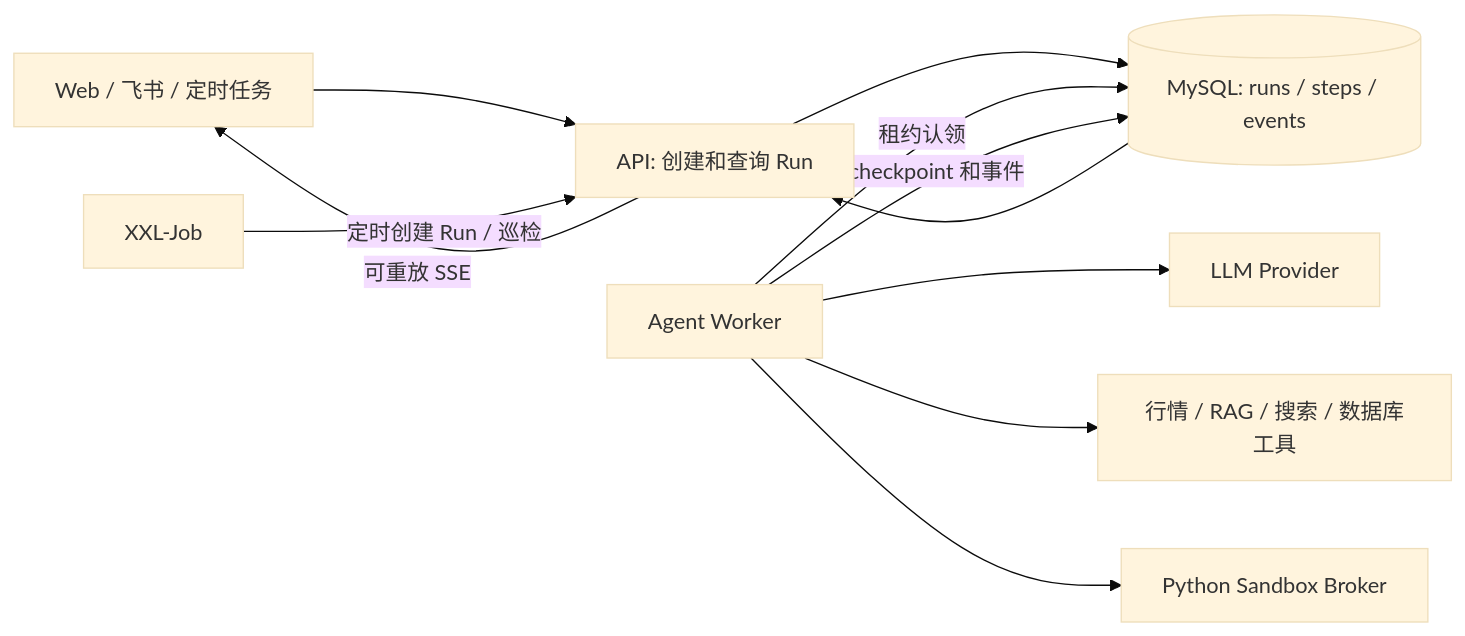
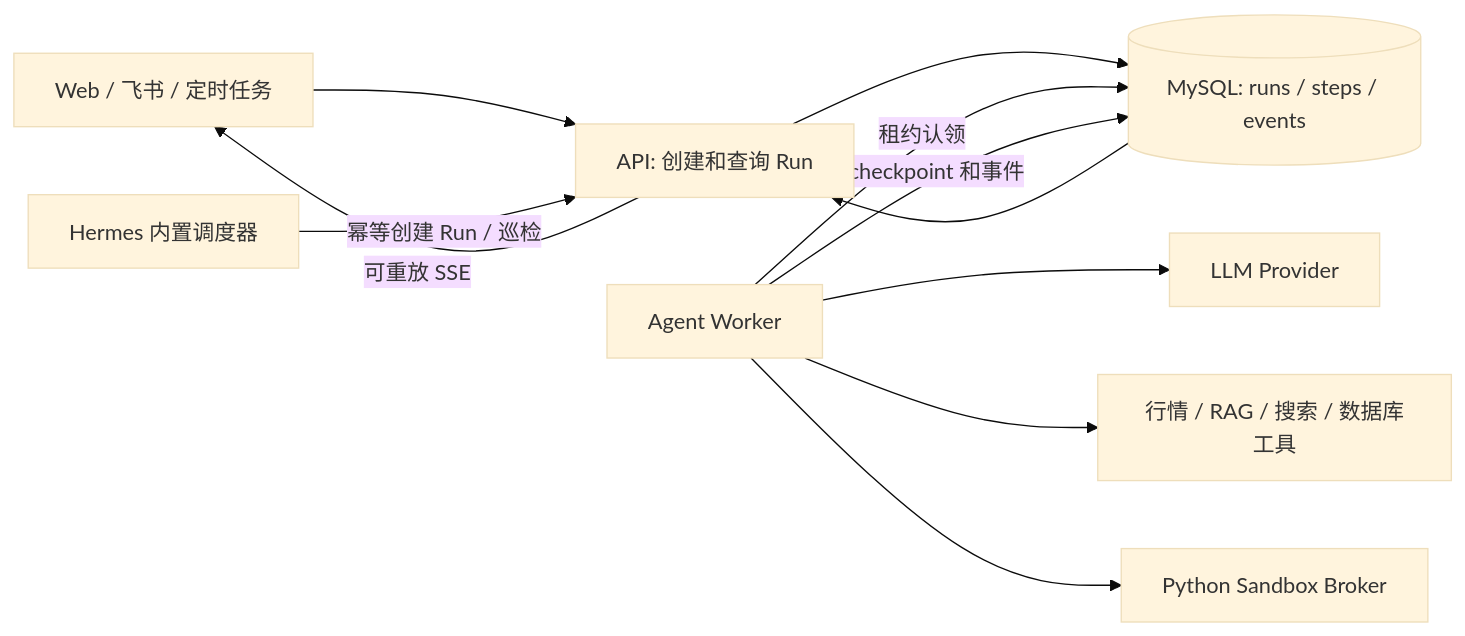
The diagram in docs/agent-durable-execution-plan.md (xuhang0310/hermes-stock), drawn with Mermaid (base theme) before and after one commit. The commit also changed other lines of this file and 29 other files, not shown here.

````diff
--- a/docs/agent-durable-execution-plan.md
+++ b/docs/agent-durable-execution-plan.md
@@ -87,13 +87,13 @@
 ```mermaid
 flowchart LR
     UI["Web / 飞书 / 定时任务"] --> API["API: 创建和查询 Run"]
     API --> DB[("MySQL: runs / steps / events")]
     WORKER["Agent Worker"] -->|"租约认领"| DB
     WORKER --> MODEL["LLM Provider"]
     WORKER --> TOOLS["行情 / RAG / 搜索 / 数据库工具"]
     WORKER --> BROKER["Python Sandbox Broker"]
     WORKER -->|"checkpoint 和事件"| DB
     DB --> API
     API -->|"可重放 SSE"| UI
-    XXL["XXL-Job"] -->|"定时创建 Run / 巡检"| API
+    SCHED["Hermes 内置调度器"] -->|"幂等创建 Run / 巡检"| API
 ```
````
